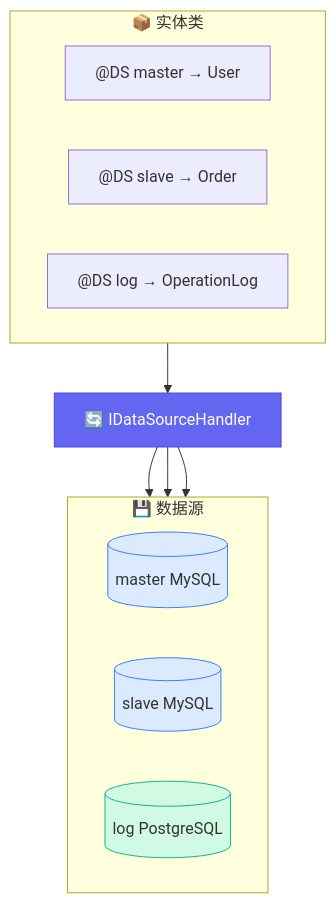
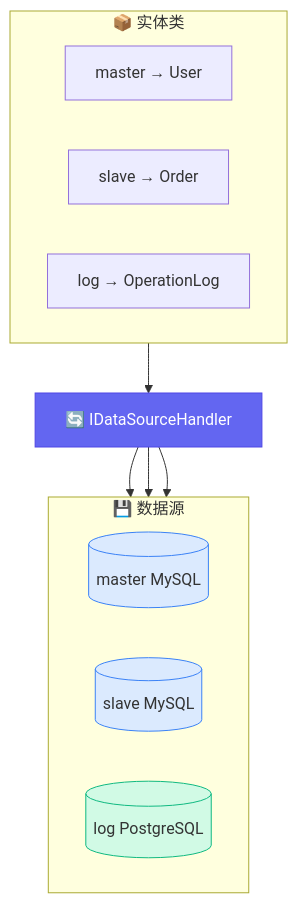
One commit to dromara/auto-table changed the first of 5 diagrams in auto-table-doc/docs/核心概念/多数据源.md. Above: the diagram before and after it, drawn with Mermaid. The commit also changed other lines of this file, not shown here.

Commit message:
fix(docs): 修正多数据源文档中的图表显示和注解说明
- 移除了实体类图表中不必要的 @DS 注解前缀
- 更新了数据源标注方式的描述，明确不同框架标注方式的差异
- 修正了代码示例的格式问题

````diff
--- a/auto-table-doc/docs/核心概念/多数据源.md
+++ b/auto-table-doc/docs/核心概念/多数据源.md
@@ -12,26 +12,26 @@
 ```mermaid
 flowchart TB
     subgraph entities["📦 实体类"]
         direction LR
-        E1["@DS master → User"]
-        E2["@DS slave → Order"]
-        E3["@DS log → OperationLog"]
+        E1["master → User"]
+        E2["slave → Order"]
+        E3["log → OperationLog"]
     end
     
     HANDLER["🔄 IDataSourceHandler"]
     
     subgraph datasources["💾 数据源"]
         direction LR
         DS1[("master MySQL")]
         DS2[("slave MySQL")]
         DS3[("log PostgreSQL")]
     end
     
     entities --> HANDLER
     HANDLER --> DS1 & DS2 & DS3
     
     style HANDLER fill:#6366f1,stroke:#4f46e5,color:#fff
     style DS1 fill:#dbeafe,stroke:#3b82f6
     style DS2 fill:#dbeafe,stroke:#3b82f6
     style DS3 fill:#d1fae5,stroke:#10b981
 ```
````
